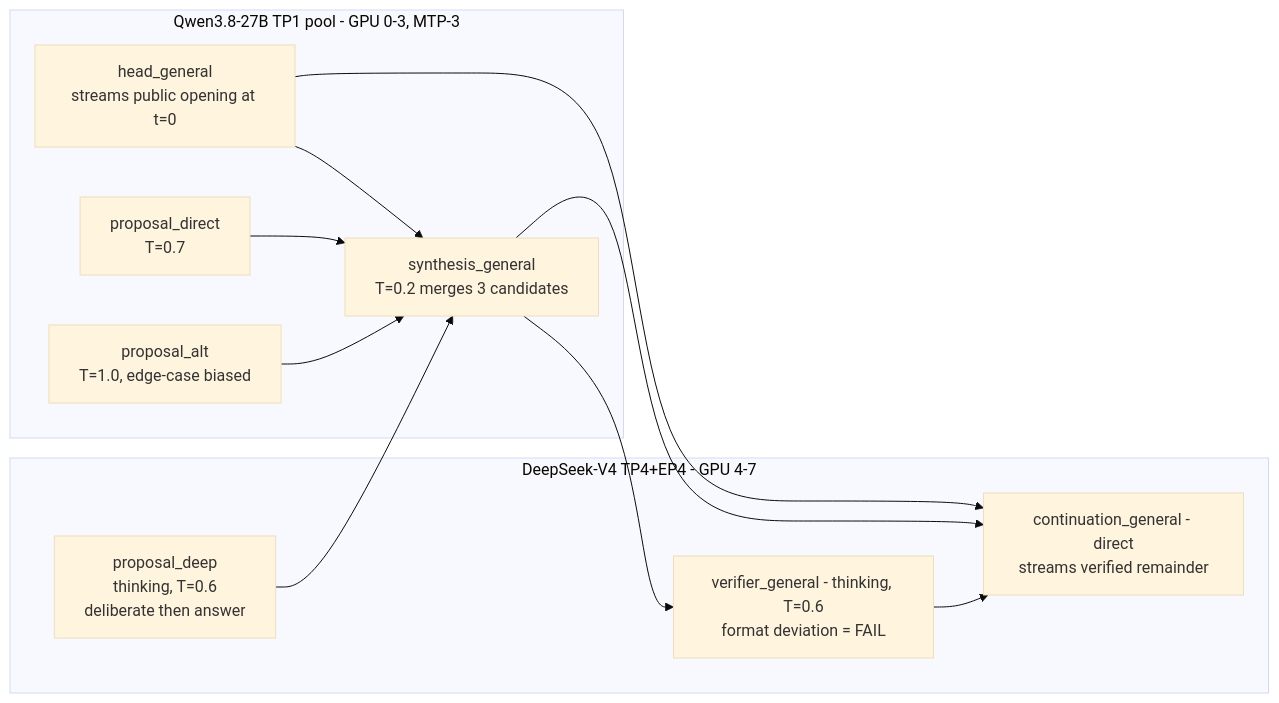
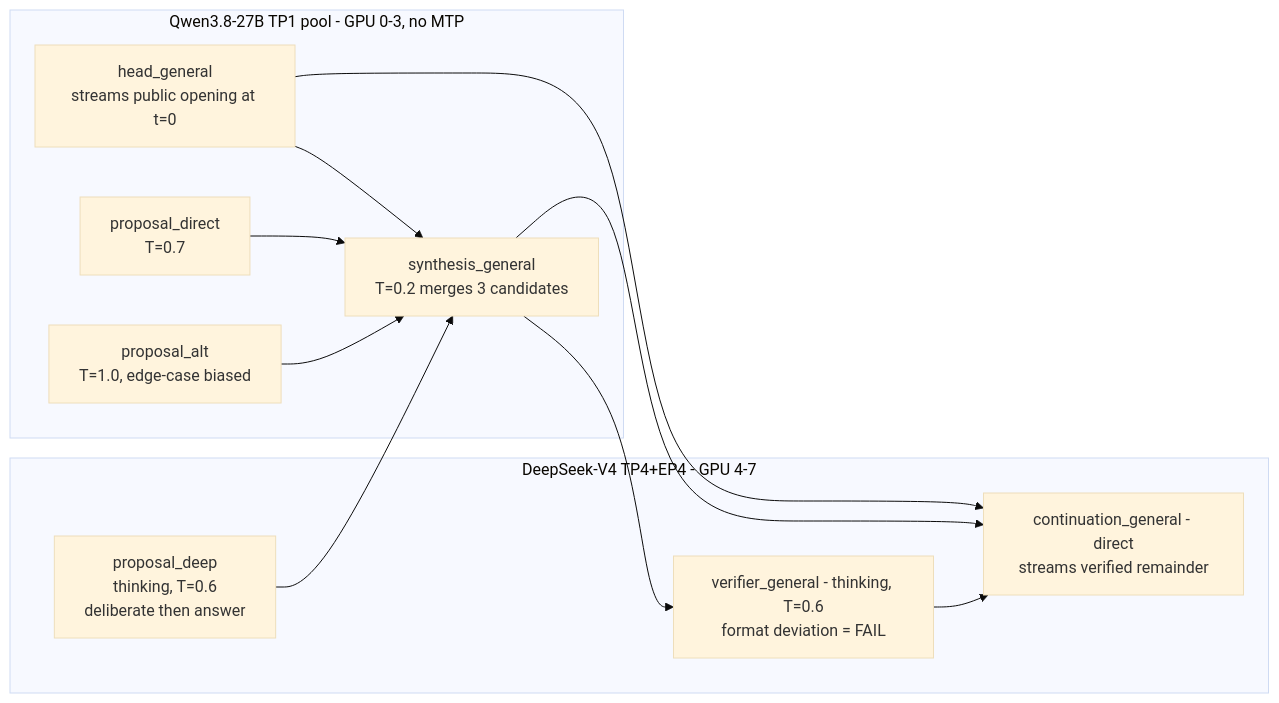
The third of 3 diagrams in examples/qwen3.8-deepseek-v4-8gpu/README.md (ytworks/kairyu), drawn with Mermaid (base theme) before and after one commit. The commit also changed other lines of this file and 5 other files, not shown here.

Commit message:
fix(example): keep Qwen MTP candidate-only

````diff
--- a/examples/qwen3.8-deepseek-v4-8gpu/README.md
+++ b/examples/qwen3.8-deepseek-v4-8gpu/README.md
@@ -109,22 +109,22 @@
 ```mermaid
 flowchart LR
-    subgraph Q2["Qwen3.8-27B TP1 pool - GPU 0-3, MTP-3"]
+    subgraph Q2["Qwen3.8-27B TP1 pool - GPU 0-3, no MTP"]
         GH["head_general<br/>streams public opening at t=0"]
         GP1["proposal_direct<br/>T=0.7"]
         GP2["proposal_alt<br/>T=1.0, edge-case biased"]
         GS["synthesis_general<br/>T=0.2 merges 3 candidates"]
     end
     subgraph D2["DeepSeek-V4 TP4+EP4 - GPU 4-7"]
         GP3["proposal_deep<br/>thinking, T=0.6<br/>deliberate then answer"]
         GV["verifier_general - thinking, T=0.6<br/>format deviation = FAIL"]
         GC["continuation_general - direct<br/>streams verified remainder"]
     end
     GH --> GS
     GP1 --> GS
     GP2 --> GS
     GP3 --> GS
     GS --> GV
     GV --> GC
     GH --> GC
     GS --> GC
 ```
````
